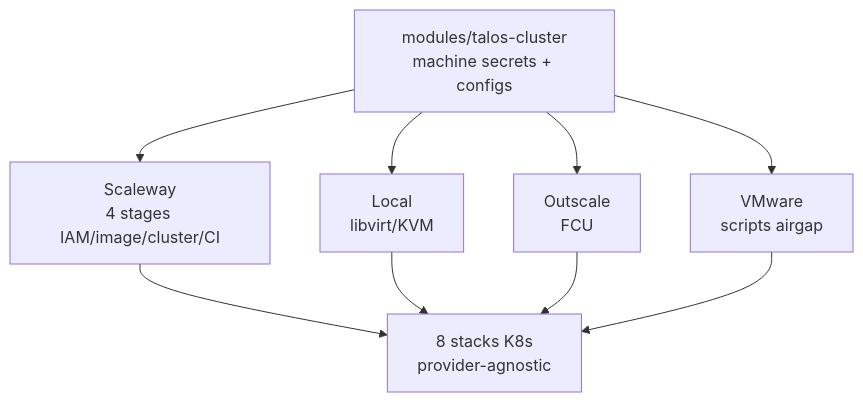
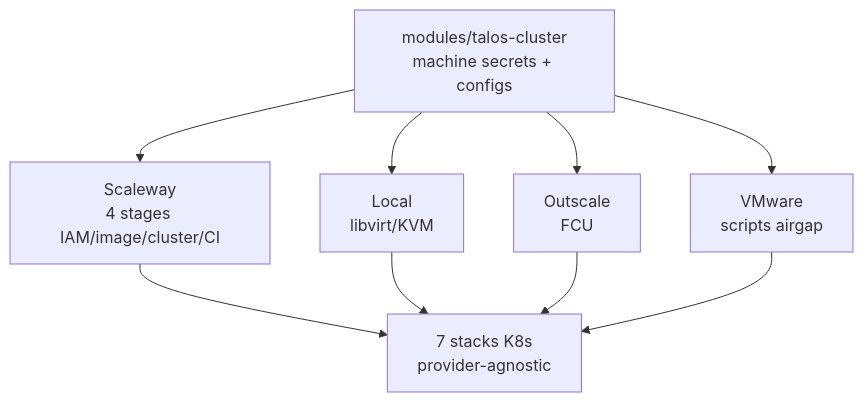
Before and after one commit to Destynova2/st4ck: the sixth of 8 diagrams in docs/explanation/architecture.md, drawn with Mermaid. The commit also changed other lines of this file and 17 other files, not shown here.

````diff
--- a/docs/explanation/architecture.md
+++ b/docs/explanation/architecture.md
@@ -140,14 +138,14 @@
 ```mermaid
 graph TB
     MOD[modules/talos-cluster<br/>machine secrets + configs]
 
     MOD --> SCW[Scaleway<br/>4 stages IAM/image/cluster/CI]
     MOD --> LOCAL[Local<br/>libvirt/KVM]
     MOD --> OUT[Outscale<br/>FCU]
     MOD --> VMW[VMware<br/>scripts airgap]
 
-    SCW --> K8S_STACKS[8 stacks K8s<br/>provider-agnostic]
+    SCW --> K8S_STACKS[7 stacks K8s<br/>provider-agnostic]
     LOCAL --> K8S_STACKS
     OUT --> K8S_STACKS
     VMW --> K8S_STACKS
 ```
````
